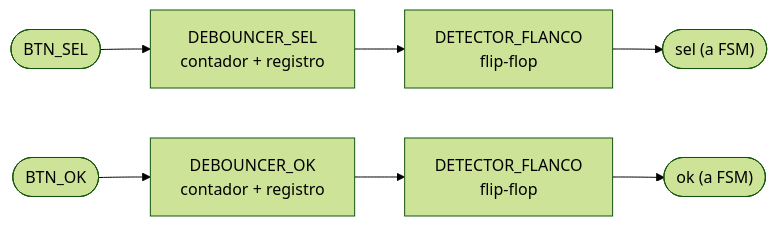
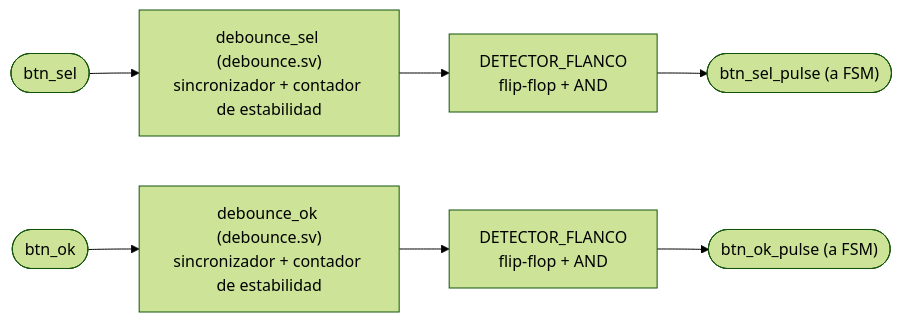
One commit to Taller-de-diseno-digital-GR01/Proyecto-2-Ahorcado changed the first of 2 diagrams in docs/diseño/modulos/M09_Botones.md. Above: the diagram before and after it, drawn with Mermaid (forest theme). The commit also changed other lines of this file and 7 other files, not shown here.

````diff
--- a/docs/diseño/modulos/M09_Botones.md
+++ b/docs/diseño/modulos/M09_Botones.md
@@ -8,9 +8,9 @@
 ```mermaid
 flowchart LR
-    IN_SEL(["BTN_SEL"]) --> DEB1["DEBOUNCER_SEL<br/>contador + registro"]
-    DEB1 --> EDGE1["DETECTOR_FLANCO<br/>flip-flop"]
-    EDGE1 --> OUT_SEL(["sel (a FSM)"])
-    IN_OK(["BTN_OK"]) --> DEB2["DEBOUNCER_OK<br/>contador + registro"]
-    DEB2 --> EDGE2["DETECTOR_FLANCO<br/>flip-flop"]
-    EDGE2 --> OUT_OK(["ok (a FSM)"])
+    IN_SEL(["btn_sel"]) --> DEB1["debounce_sel (debounce.sv)<br/>sincronizador + contador de estabilidad"]
+    DEB1 --> EDGE1["DETECTOR_FLANCO<br/>flip-flop + AND"]
+    EDGE1 --> OUT_SEL(["btn_sel_pulse (a FSM)"])
+    IN_OK(["btn_ok"]) --> DEB2["debounce_ok (debounce.sv)<br/>sincronizador + contador de estabilidad"]
+    DEB2 --> EDGE2["DETECTOR_FLANCO<br/>flip-flop + AND"]
+    EDGE2 --> OUT_OK(["btn_ok_pulse (a FSM)"])
 ```
````
